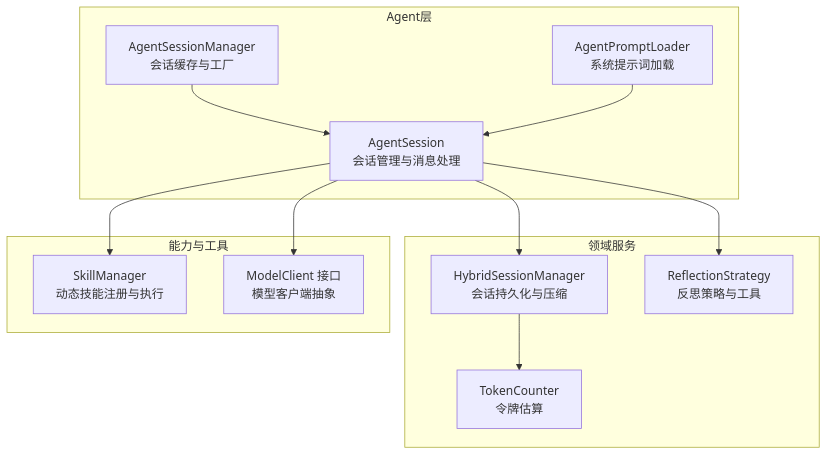
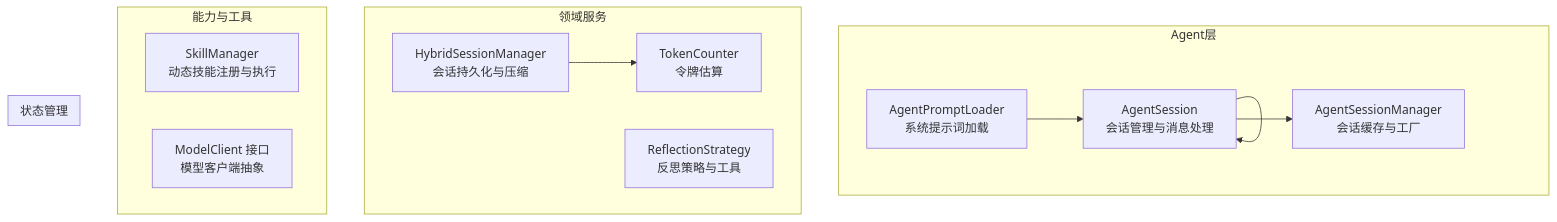
One commit to guuyn/OpenClaw-Android changed the first of 10 diagrams in .qoder/repowiki/zh/content/核心模块/AI对话系统/AgentSession核心实现.md. Above: the diagram before and after it, drawn with Mermaid. The commit also changed other lines of this file and 4 other files, not shown here.

````diff
--- a/.qoder/repowiki/zh/content/核心模块/AI对话系统/AgentSession核心实现.md
+++ b/.qoder/repowiki/zh/content/核心模块/AI对话系统/AgentSession核心实现.md
@@ -44,24 +53,23 @@
 ```mermaid
 graph TB
 subgraph "Agent层"
 AS["AgentSession<br/>会话管理与消息处理"]
 ASM["AgentSessionManager<br/>会话缓存与工厂"]
 SPL["AgentPromptLoader<br/>系统提示词加载"]
 end
 subgraph "领域服务"
 HSM["HybridSessionManager<br/>会话持久化与压缩"]
 TC["TokenCounter<br/>令牌估算"]
 RS["ReflectionStrategy<br/>反思策略与工具"]
 end
 subgraph "能力与工具"
 SM["SkillManager<br/>动态技能注册与执行"]
 MC["ModelClient 接口<br/>模型客户端抽象"]
 end
-AS --> SM
-AS --> MC
-AS --> HSM
-AS --> RS
-ASM --> AS
+subgraph "状态管理"
+AS --> AS
+AS --> ASM
 SPL --> AS
 HSM --> TC
+end
 ```
````
